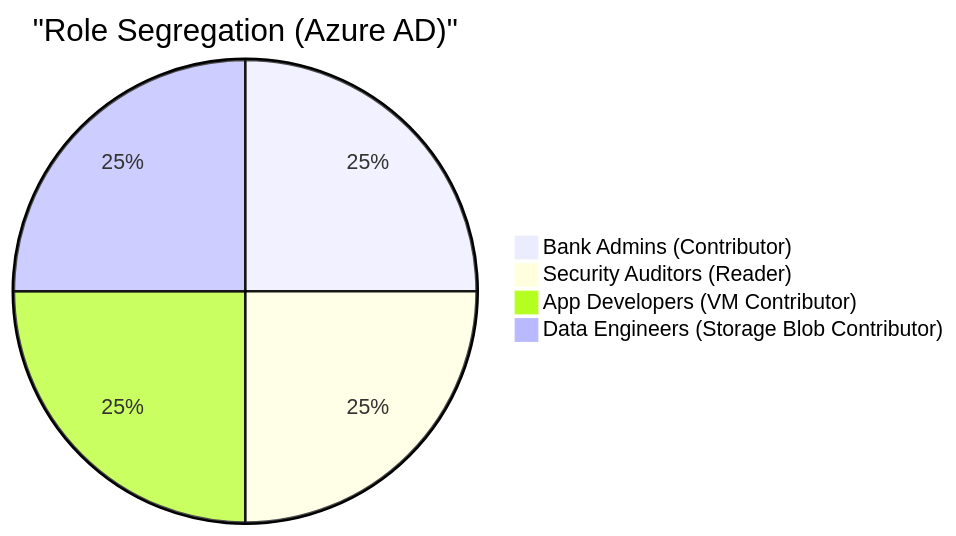
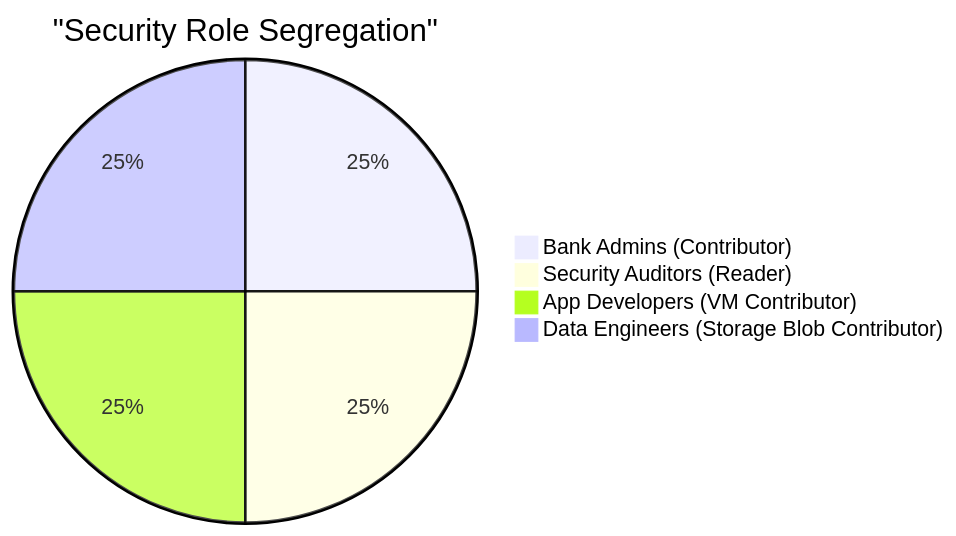
Before and after one commit to gulmaan87/Azure-banking-system: the fourth of 4 diagrams in ARCHITECTURE.md, drawn with Mermaid. The commit also changed other lines of this file and 1 other file, not shown here.

````diff
--- a/ARCHITECTURE.md
+++ b/ARCHITECTURE.md
@@ -122,7 +203,7 @@
 ```mermaid
-pie title "Role Segregation (Azure AD)"
+pie title "Security Role Segregation"
     "Bank Admins (Contributor)" : 25
     "Security Auditors (Reader)" : 25
     "App Developers (VM Contributor)" : 25
     "Data Engineers (Storage Blob Contributor)" : 25
 ```
````
